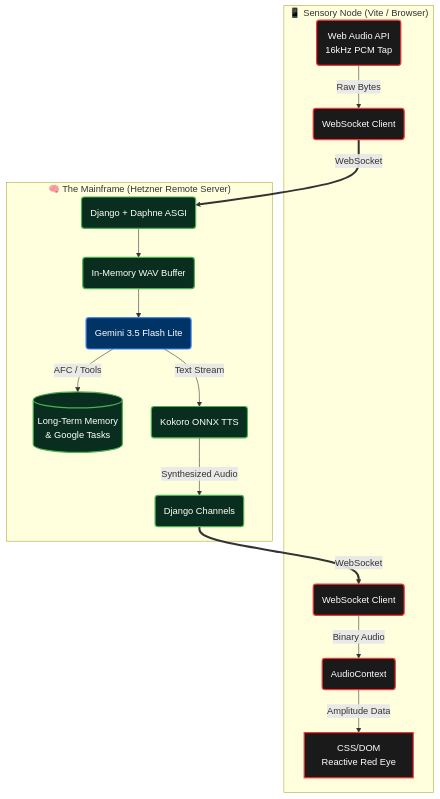
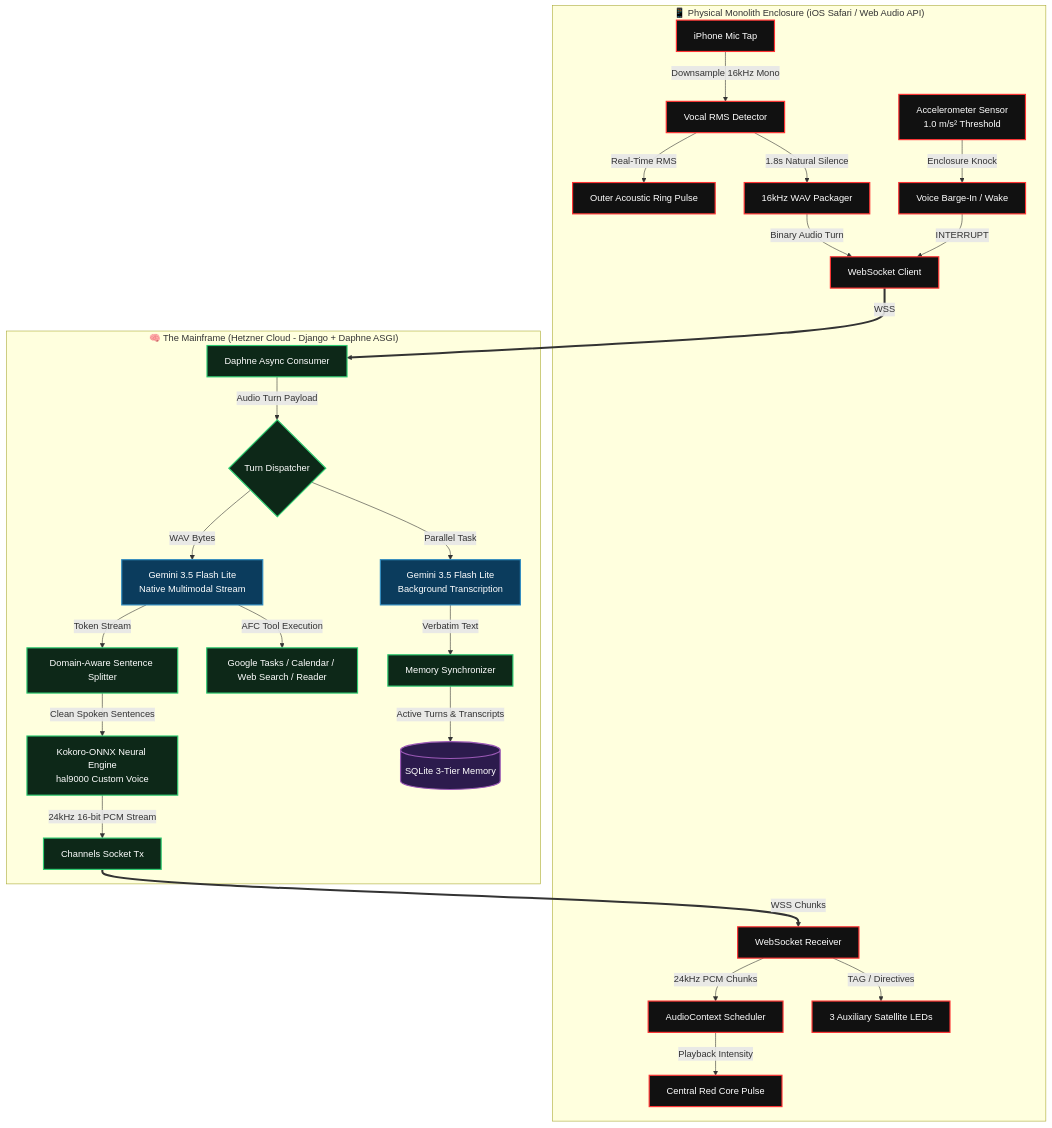
The diagram in README.md (Fab-Miami/HAL9000), drawn with Mermaid before and after one commit. The commit also changed other lines of this file, not shown here.

Commit message:
docs: update README to reflect v8 clean architecture, native multimodal audio, and hardware monolith specs

````diff
--- a/README.md
+++ b/README.md
@@ -35,26 +35,42 @@
 ```mermaid
 graph TD
-    classDef frontend fill:#1a1a1a,stroke:#ff3333,stroke-width:2px,color:#fff;
-    classDef backend fill:#092E20,stroke:#4CAF50,stroke-width:2px,color:#fff;
-    classDef ai fill:#003366,stroke:#4285F4,stroke-width:2px,color:#fff;
+    classDef phone fill:#111,stroke:#ff3333,stroke-width:2px,color:#fff;
+    classDef server fill:#0d2818,stroke:#2ecc71,stroke-width:2px,color:#fff;
+    classDef gemini fill:#0b3c5d,stroke:#328cc1,stroke-width:2px,color:#fff;
+    classDef db fill:#2c1b4d,stroke:#9b59b6,stroke-width:2px,color:#fff;
 
-    subgraph "📱 Sensory Node (Vite / Browser)"
-        MIC(Web Audio API<br>16kHz PCM Tap) -->|Raw Bytes| WS_OUT
-        WS_IN -->|Binary Audio| SPK(AudioContext)
-        SPK -->|Amplitude Data| UI[CSS/DOM<br>Reactive Red Eye]
+    subgraph "📱 Physical Monolith Enclosure (iOS Safari / Web Audio API)"
+        MIC[iPhone Mic Tap] -->|Downsample 16kHz Mono| RMS[Vocal RMS Detector]
+        RMS -->|Real-Time RMS| RING[Outer Acoustic Ring Pulse]
+        RMS -->|1.8s Natural Silence| WAV_GEN[16kHz WAV Packager]
+        WAV_GEN -->|Binary Audio Turn| WS_TX[WebSocket Client]
+        KNOCK[Accelerometer Sensor<br>1.0 m/s² Threshold] -->|Enclosure Knock| BARGE_IN[Voice Barge-In / Wake]
+        BARGE_IN -->|INTERRUPT| WS_TX
+        WS_RX[WebSocket Receiver] -->|24kHz PCM Chunks| SPK[AudioContext Scheduler]
+        SPK -->|Playback Intensity| EYE[Central Red Core Pulse]
+        WS_RX -->|TAG / Directives| LED3[3 Auxiliary Satellite LEDs]
     end
 
-    subgraph "🧠 The Mainframe (Hetzner Remote Server)"
-        WS_OUT(WebSocket Client) ==>|WebSocket| WS_IN_SRV(Django + Daphne ASGI)
-        WS_IN_SRV --> BUF(In-Memory WAV Buffer)
-        BUF --> GEM(Gemini 3.5 Flash Lite)
-        GEM -->|AFC / Tools| DB[(Long-Term Memory <br> & Google Tasks)]
-        GEM -->|Text Stream| KOKO(Kokoro ONNX TTS)
-        KOKO -->|Synthesized Audio| WS_OUT_SRV(Django Channels)
-        WS_OUT_SRV ==>|WebSocket| WS_IN(WebSocket Client)
+    subgraph "🧠 The Mainframe (Hetzner Cloud - Django + Daphne ASGI)"
+        WS_TX ==>|WSS| ASGI[Daphne Async Consumer]
+        ASGI -->|Audio Turn Payload| DISPATCH{Turn Dispatcher}
+        
+        DISPATCH -->|WAV Bytes| GEM_STREAM[Gemini 3.5 Flash Lite<br>Native Multimodal Stream]
+        DISPATCH -->|Parallel Task| GEM_TRANSCRIBE[Gemini 3.5 Flash Lite<br>Background Transcription]
+        
+        GEM_STREAM -->|Token Stream| SENTENCE[Domain-Aware Sentence Splitter]
+        SENTENCE -->|Clean Spoken Sentences| KOKORO[Kokoro-ONNX Neural Engine<br>hal9000 Custom Voice]
+        KOKORO -->|24kHz 16-bit PCM Stream| WS_TX_SRV[Channels Socket Tx]
+        WS_TX_SRV ==>|WSS Chunks| WS_RX
+        
+        GEM_STREAM -->|AFC Tool Execution| TOOLS[Google Tasks / Calendar / Web Search / Reader]
+        
+        GEM_TRANSCRIBE -->|Verbatim Text| MEM_SYNC[Memory Synchronizer]
+        MEM_SYNC -->|Active Turns & Transcripts| SQLITE[(SQLite 3-Tier Memory)]
     end
 
-    class MIC,SPK,UI,WS_OUT,WS_IN frontend;
-    class WS_IN_SRV,BUF,KOKO,WS_OUT_SRV,DB backend;
-    class GEM ai;
+    class MIC,RMS,RING,WAV_GEN,WS_TX,KNOCK,BARGE_IN,WS_RX,SPK,EYE,LED3 phone;
+    class ASGI,DISPATCH,SENTENCE,KOKORO,WS_TX_SRV,TOOLS,MEM_SYNC server;
+    class GEM_STREAM,GEM_TRANSCRIBE gemini;
+    class SQLITE db;
 ```
````
